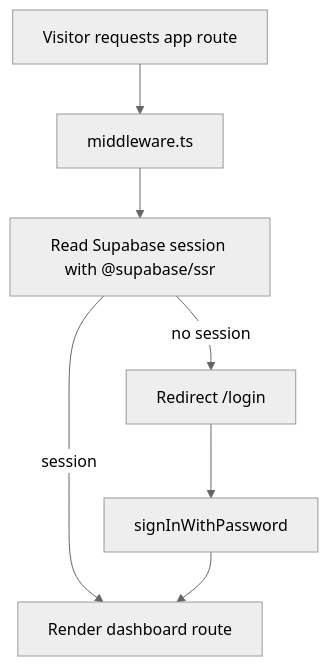
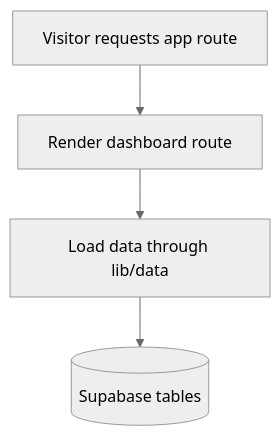
Before and after one commit to muhammadjamshed7/Assignmentwork: the third of 16 diagrams in SYSTEM_FLOW.md, drawn with Mermaid (neutral theme). The commit also changed other lines of this file and 100 other files, not shown here.

````diff
--- a/SYSTEM_FLOW.md
+++ b/SYSTEM_FLOW.md
@@ -86,9 +83,6 @@
 ```mermaid
 flowchart TD
-  Visitor[Visitor requests app route] --> Middleware[middleware.ts]
-  Middleware --> SessionCheck[Read Supabase session with @supabase/ssr]
-  SessionCheck -- no session --> Login[Redirect /login]
-  SessionCheck -- session --> App[Render dashboard route]
-  Login --> SignIn[signInWithPassword]
-  SignIn --> App
+  Visitor[Visitor requests app route] --> App[Render dashboard route]
+  App --> Data[Load data through lib/data]
+  Data --> Supabase[(Supabase tables)]
 ```
````
